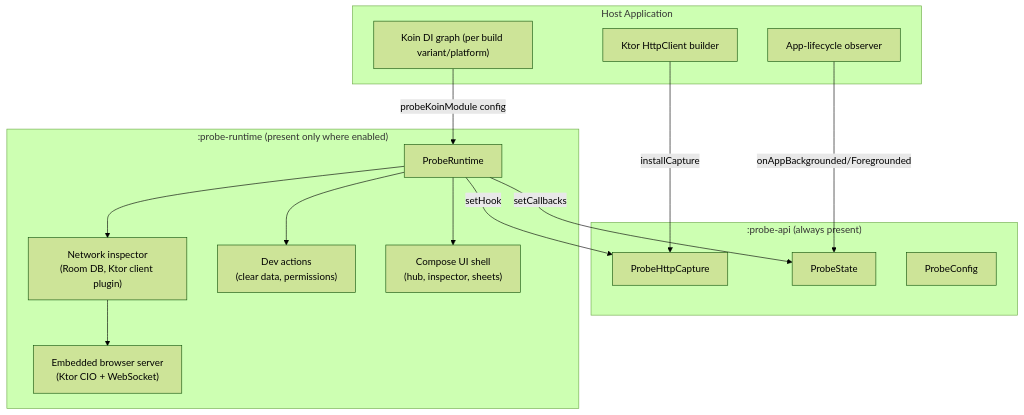
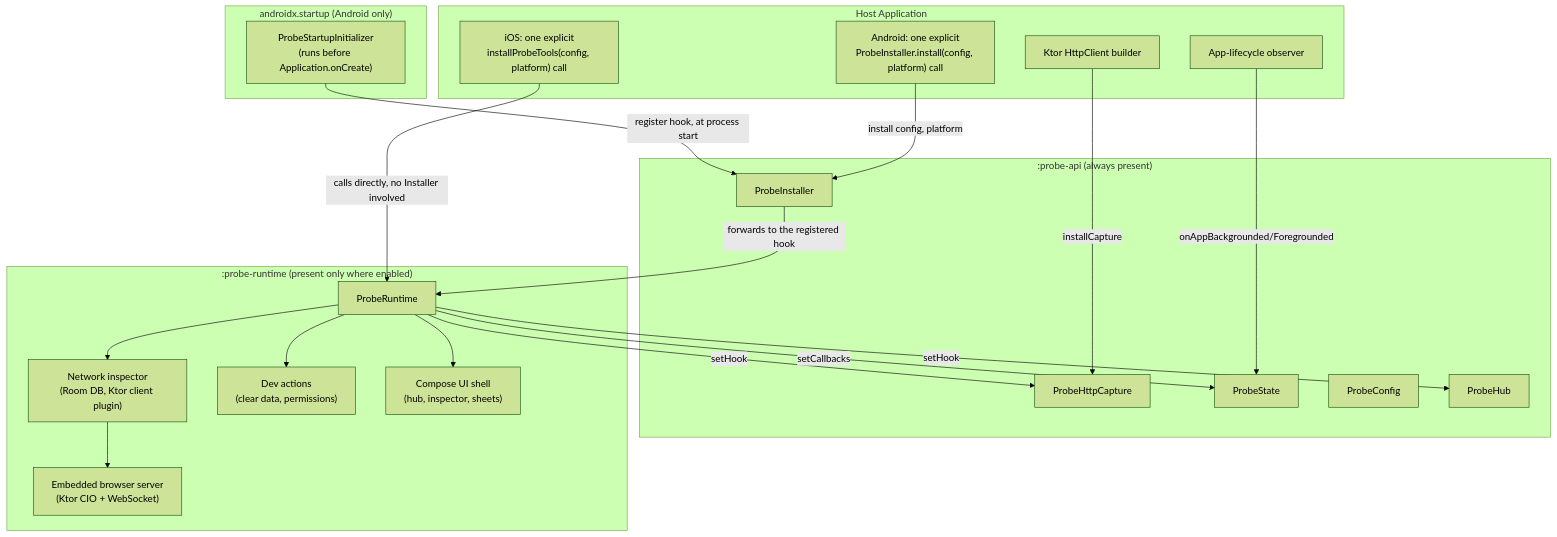
Before and after one commit to subhamkhemka1993/Probe: the diagram in probe-runtime/README.md, drawn with Mermaid (forest theme). The commit also changed other lines of this file and 2 other files, not shown here.

Commit message:
docs(probe-runtime): rewrite README to match the self-installing integration pattern

````diff
--- a/probe-runtime/README.md
+++ b/probe-runtime/README.md
@@ -107,32 +107,43 @@
 ```mermaid
 flowchart TB
     subgraph Host["Host Application"]
         HTTP["Ktor HttpClient builder"]
         Lifecycle["App-lifecycle observer"]
-        DI["Koin DI graph (per build variant/platform)"]
+        AndroidInit["Android: one explicit\nProbeInstaller.install(config, platform) call"]
+        IosInit["iOS: one explicit\ninstallProbeTools(config, platform) call"]
+    end
+
+    subgraph Startup["androidx.startup (Android only)"]
+        Initializer["ProbeStartupInitializer\n(runs before Application.onCreate)"]
     end
 
     subgraph API[":probe-api (always present)"]
         Capture["ProbeHttpCapture"]
         State["ProbeState"]
         Config["ProbeConfig"]
+        Installer["ProbeInstaller"]
+        Hub["ProbeHub"]
     end
 
     subgraph Impl[":probe-runtime (present only where enabled)"]
         Runtime["ProbeRuntime"]
         NetInspector["Network inspector\n(Room DB, Ktor client plugin)"]
         Browser["Embedded browser server\n(Ktor CIO + WebSocket)"]
         DevActions["Dev actions\n(clear data, permissions)"]
         UI["Compose UI shell\n(hub, inspector, sheets)"]
     end
 
     HTTP -->|installCapture| Capture
     Lifecycle -->|onAppBackgrounded/Foregrounded| State
-    DI -->|probeKoinModule config| Runtime
+    Initializer -->|register hook, at process start| Installer
+    AndroidInit -->|install config, platform| Installer
+    Installer -->|forwards to the registered hook| Runtime
+    IosInit -->|calls directly, no Installer involved| Runtime
     Runtime -->|setHook| Capture
     Runtime -->|setCallbacks| State
+    Runtime -->|setHook| Hub
     Runtime --> NetInspector
     NetInspector --> Browser
     Runtime --> DevActions
     Runtime --> UI
 ```
````
